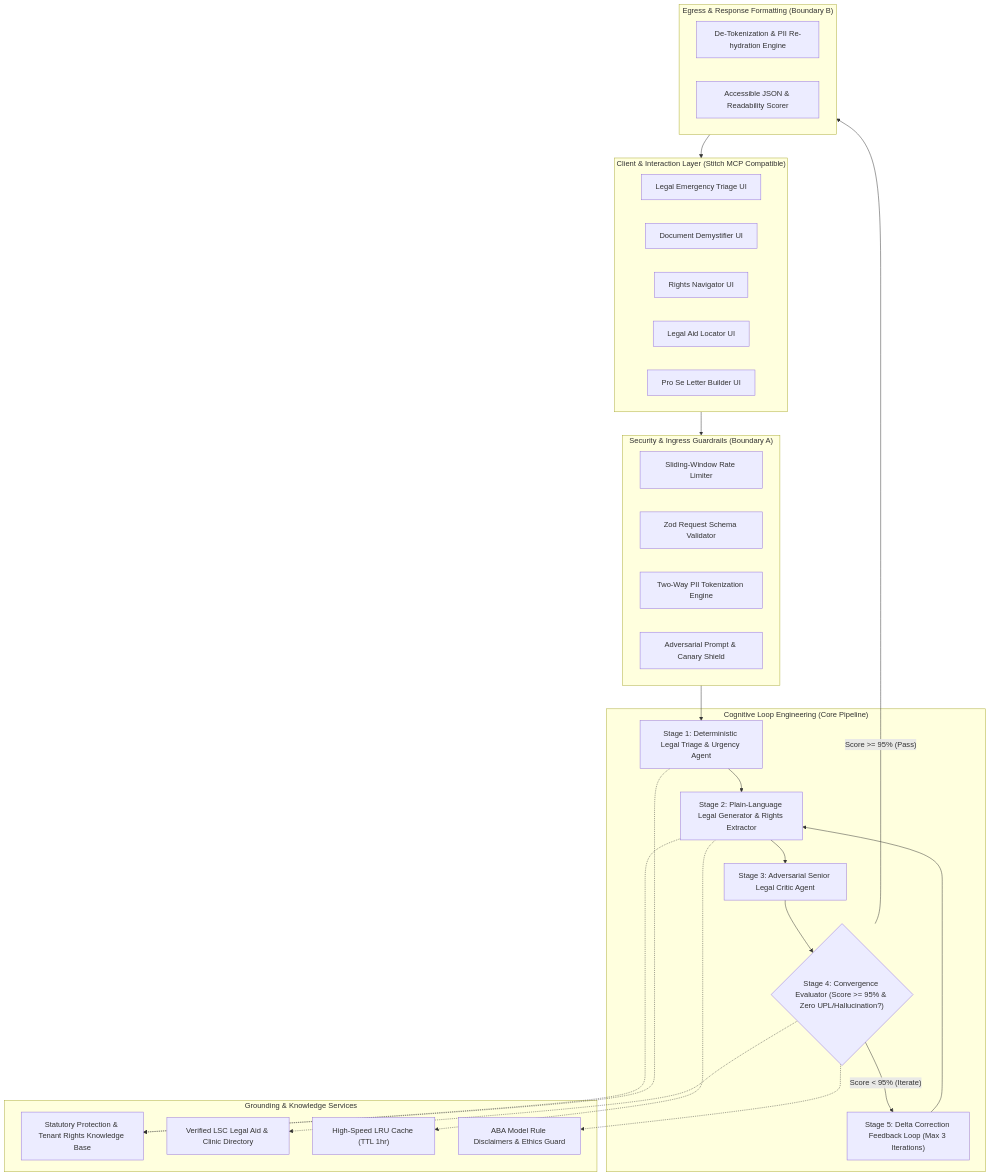
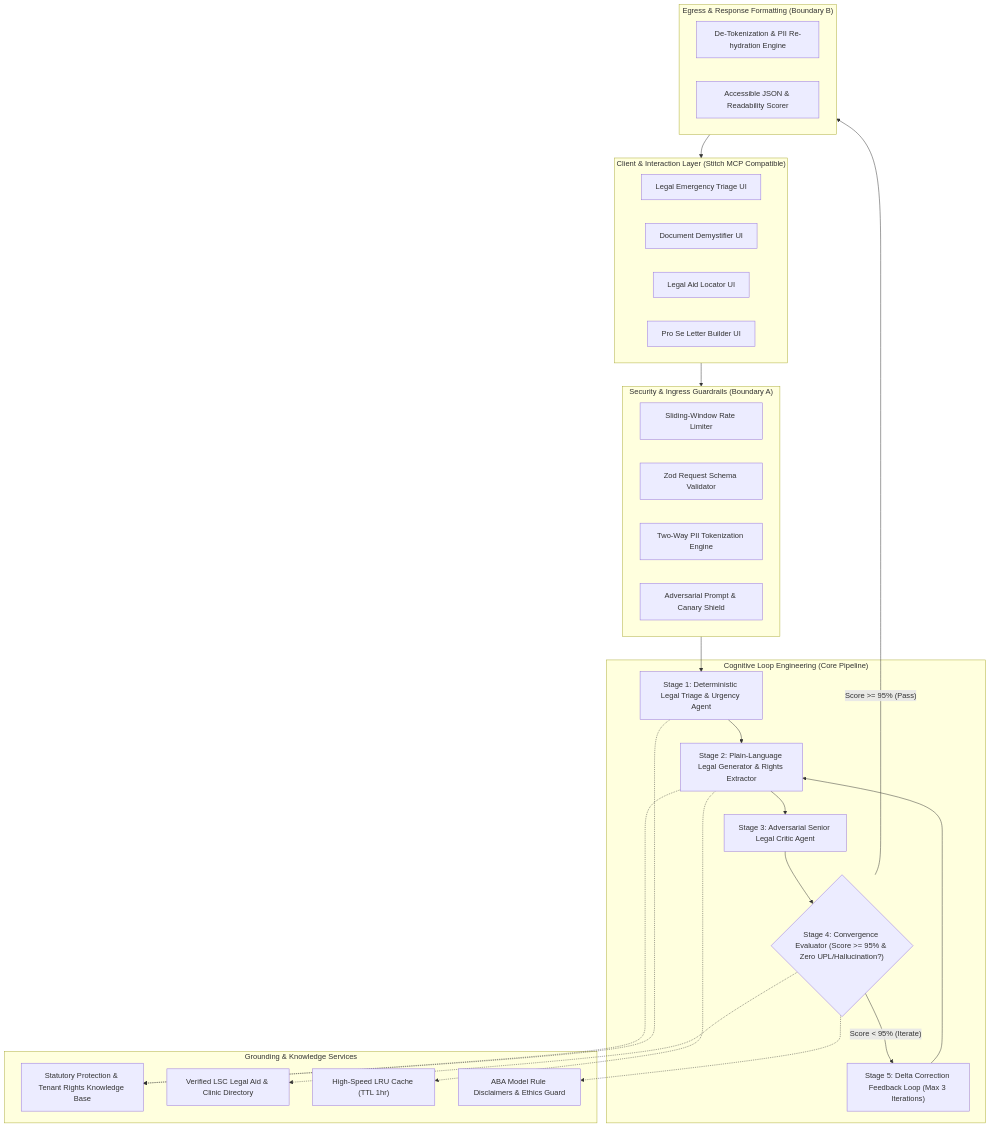
The first of 2 diagrams in architecture.md (calmcode47/Legal-Assistance), drawn with Mermaid before and after one commit. The commit also changed 29 other files, not shown here.

````diff
--- a/architecture.md
+++ b/architecture.md
@@ -14,54 +14,53 @@
 ```mermaid
 graph TB
     subgraph ClientLayer ["Client & Interaction Layer (Stitch MCP Compatible)"]
         UI_Triage["Legal Emergency Triage UI"]
         UI_Demystifier["Document Demystifier UI"]
-        UI_Rights["Rights Navigator UI"]
         UI_Aid["Legal Aid Locator UI"]
         UI_Action["Pro Se Letter Builder UI"]
     end
 
     subgraph SecurityBoundary ["Security & Ingress Guardrails (Boundary A)"]
         RateLimit["Sliding-Window Rate Limiter"]
         ZodValidator["Zod Request Schema Validator"]
         PII_In["Two-Way PII Tokenization Engine"]
         InjectionShield["Adversarial Prompt & Canary Shield"]
     end
 
     subgraph CognitiveLoopEngine ["Cognitive Loop Engineering (Core Pipeline)"]
         TriageAgent["Stage 1: Deterministic Legal Triage & Urgency Agent"]
         GeneratorAgent["Stage 2: Plain-Language Legal Generator & Rights Extractor"]
         CriticAgent["Stage 3: Adversarial Senior Legal Critic Agent"]
         ConvergenceCheck{"Stage 4: Convergence Evaluator (Score >= 95% & Zero UPL/Hallucination?)"}
         RefinementBus["Stage 5: Delta Correction Feedback Loop (Max 3 Iterations)"]
     end
 
     subgraph GroundingServices ["Grounding & Knowledge Services"]
         StatutoryDB["Statutory Protection & Tenant Rights Knowledge Base"]
         LegalAidDirectory["Verified LSC Legal Aid & Clinic Directory"]
         LRUCache["High-Speed LRU Cache (TTL 1hr)"]
         UPLGuard["ABA Model Rule Disclaimers & Ethics Guard"]
     end
 
     subgraph EgressBoundary ["Egress & Response Formatting (Boundary B)"]
         PII_Out["De-Tokenization & PII Re-hydration Engine"]
         ResponseFormatter["Accessible JSON & Readability Scorer"]
     end
 
     %% Flow Connections
     ClientLayer --> SecurityBoundary
     SecurityBoundary --> TriageAgent
     TriageAgent --> GeneratorAgent
     GeneratorAgent --> CriticAgent
     CriticAgent --> ConvergenceCheck
     ConvergenceCheck -- "Score < 95% (Iterate)" --> RefinementBus
     RefinementBus --> GeneratorAgent
     ConvergenceCheck -- "Score >= 95% (Pass)" --> EgressBoundary
     
     GeneratorAgent -.-> StatutoryDB
     TriageAgent -.-> StatutoryDB
     GeneratorAgent -.-> LRUCache
     ConvergenceCheck -.-> LegalAidDirectory
     ConvergenceCheck -.-> UPLGuard
     EgressBoundary --> ClientLayer
 ```
````
